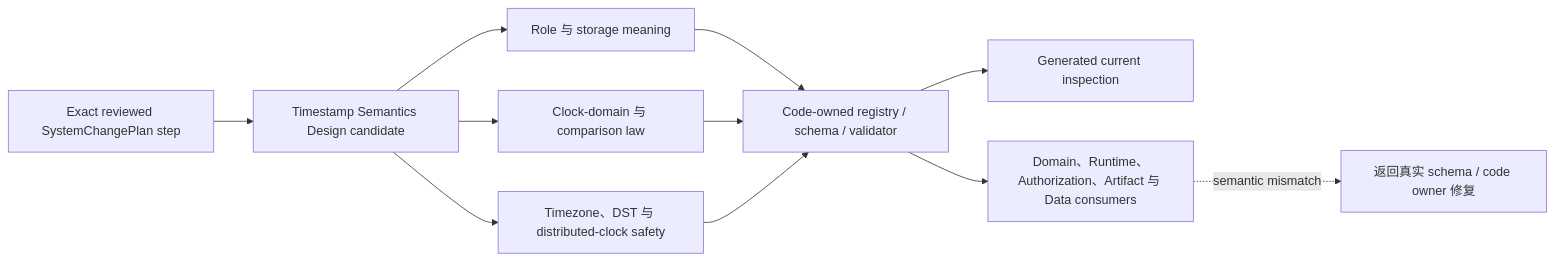
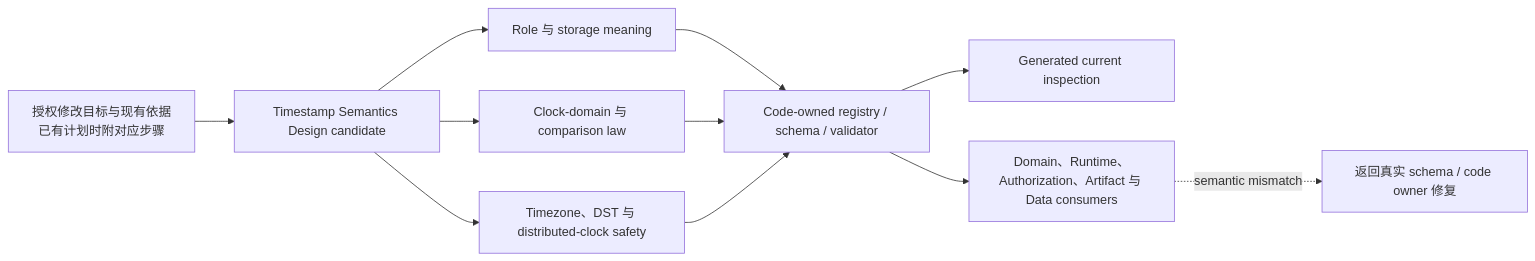
One commit to bobaoai/ai_project_management_framework changed the diagram in 09_soul/governance/t0/the_timestamp_semantic.md. Above: the diagram before and after it, drawn with Mermaid. The commit also changed other lines of this file and 195 other files, not shown here.

````diff
--- a/09_soul/governance/t0/the_timestamp_semantic.md
+++ b/09_soul/governance/t0/the_timestamp_semantic.md
@@ -73,13 +73,13 @@
 ```mermaid
 flowchart LR
-    P["Exact reviewed SystemChangePlan step"] --> D["Timestamp Semantics Design candidate"]
+    P["授权修改目标与现有依据<br/>已有计划时附对应步骤"] --> D["Timestamp Semantics Design candidate"]
     D --> R["Role 与 storage meaning"]
     D --> C["Clock-domain 与 comparison law"]
     D --> Z["Timezone、DST 与 distributed-clock safety"]
     R --> K["Code-owned registry / schema / validator"]
     C --> K
     Z --> K
     K --> X["Generated current inspection"]
     K --> U["Domain、Runtime、Authorization、Artifact 与 Data consumers"]
     U -. "semantic mismatch" .-> O["返回真实 schema / code owner 修复"]
 ```
````
